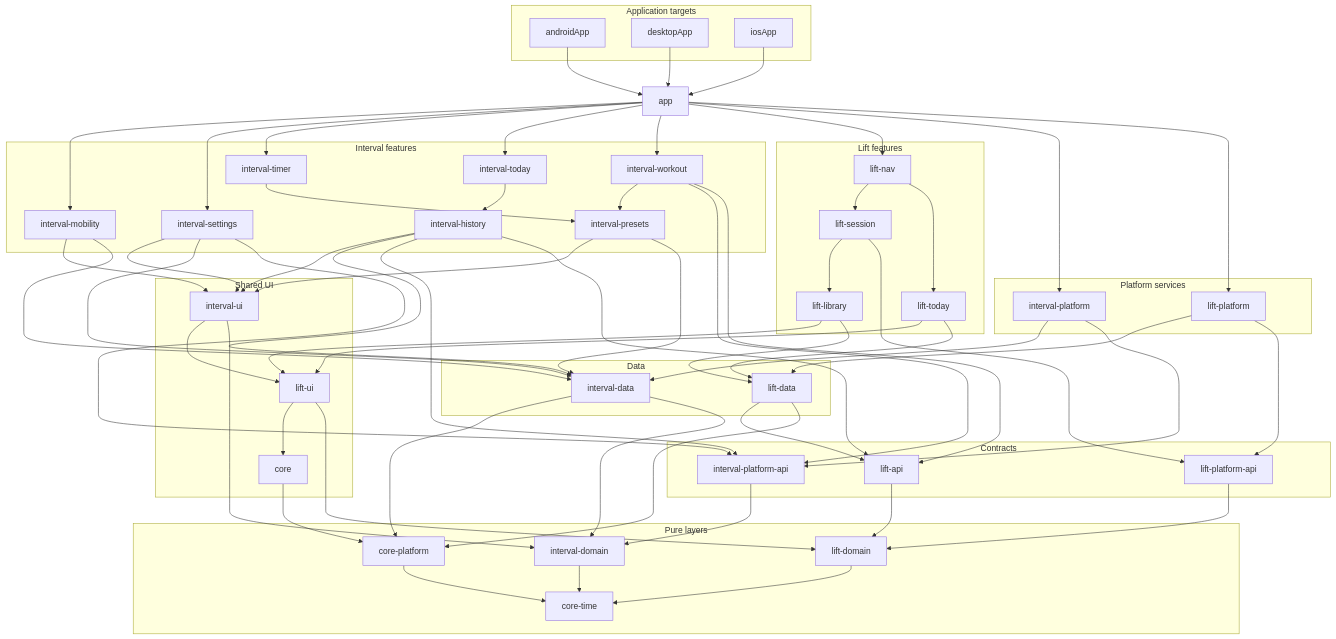
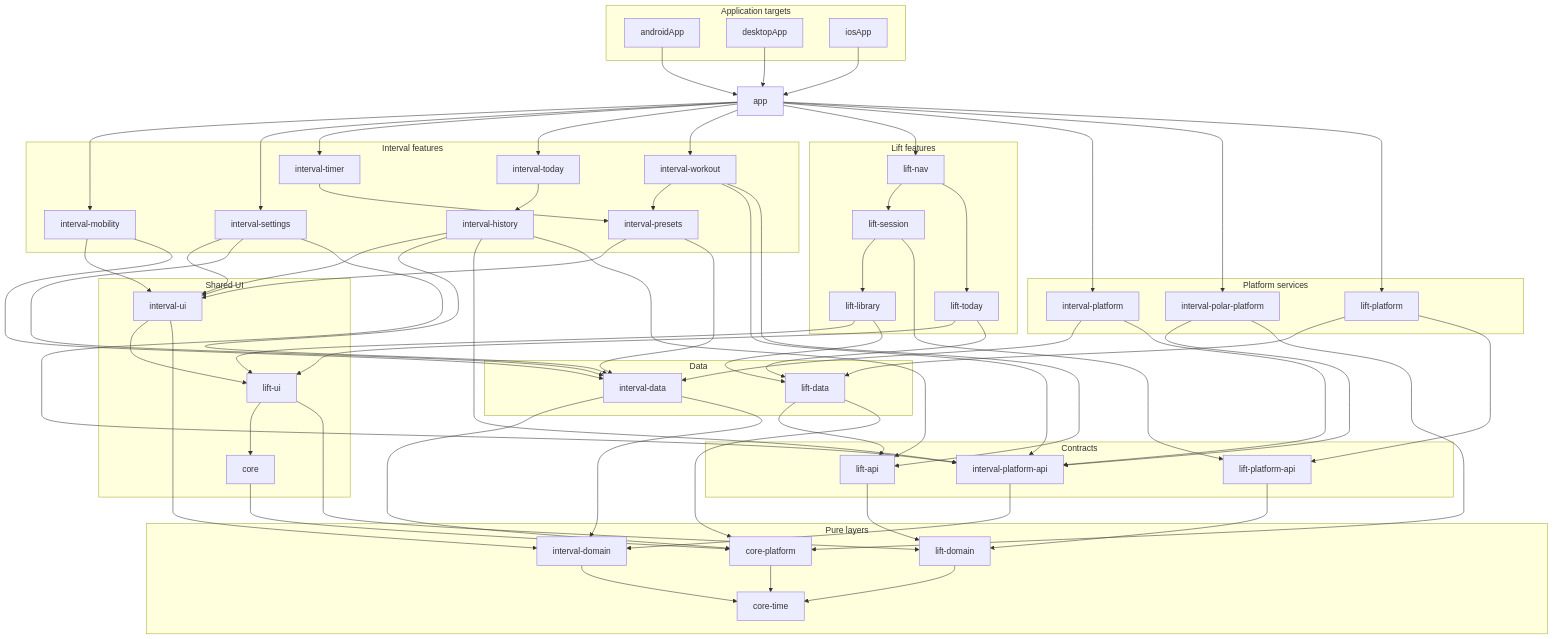
One commit to smithjustinn84-netizen/interval changed the first of 2 diagrams in docs/architecture.md. Above: the diagram before and after it, drawn with Mermaid. The commit also changed other lines of this file and 15 other files, not shown here.

```diff
--- a/docs/architecture.md
+++ b/docs/architecture.md
@@ -57,6 +57,7 @@
 
     subgraph platformServices ["Platform services"]
         intervalPlatform["interval-platform"]
+        intervalPolarPlatform["interval-polar-platform"]
         liftPlatform["lift-platform"]
     end
 
@@ -89,6 +90,7 @@
     app --> intervalWorkout
     app --> liftNav
     app --> intervalPlatform
+    app --> intervalPolarPlatform
     app --> liftPlatform
 
     intervalHistory --> intervalUi
@@ -125,6 +127,8 @@
 
     intervalPlatform --> intervalData
     intervalPlatform --> intervalPlatformApi
+    intervalPolarPlatform --> intervalPlatformApi
+    intervalPolarPlatform --> corePlatform
     liftPlatform --> liftData
     liftPlatform --> liftPlatformApi
 
```
